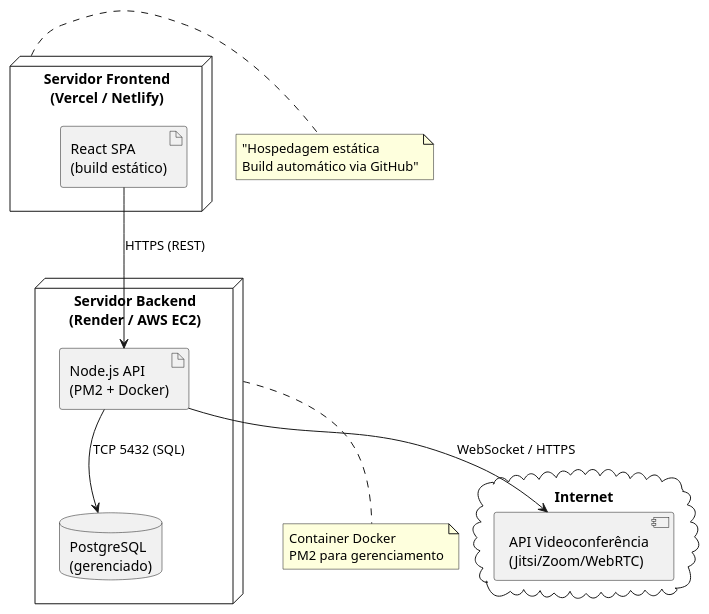
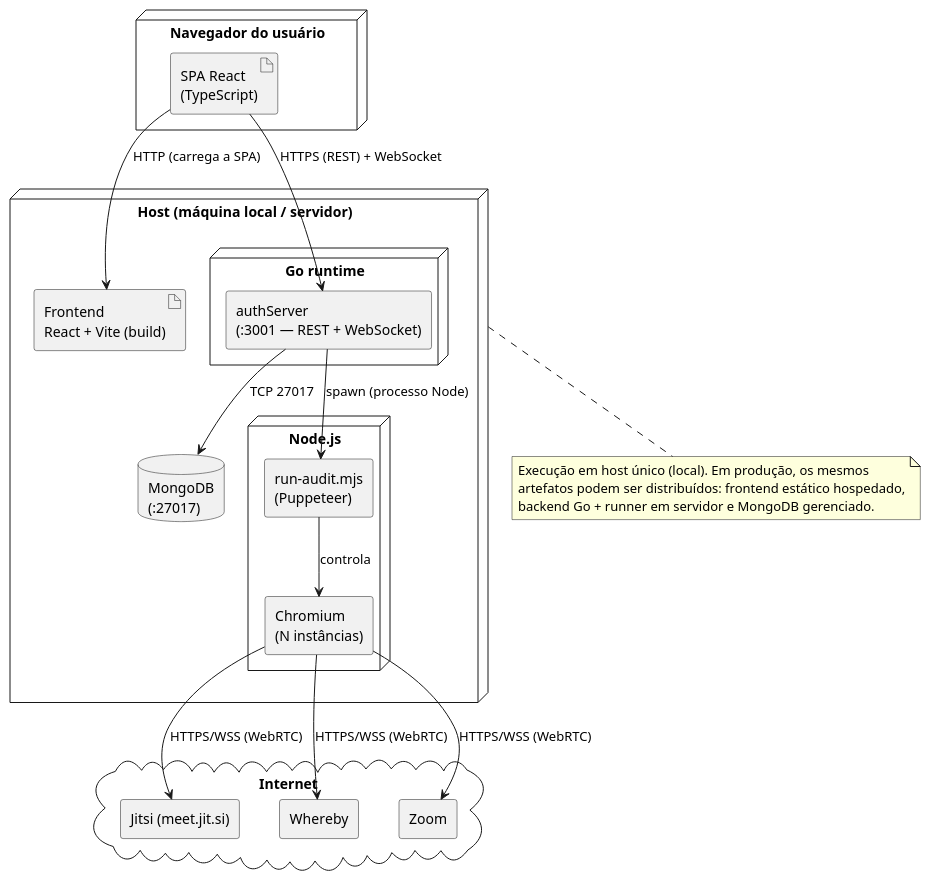
One commit to ICEI-PUC-Minas-PPLES-TI/plf-es-2025-2-tcci-0393100-dev-rafael-parreira changed the diagram in Artefatos/DiagramaDeImplantacao.puml. Above: the diagram before and after it, drawn with PlantUML. The commit also changed 9 other files, not shown here.

First line of the commit message:
docs(diagramas): atualiza arquitetura, componentes, implantação e comunicação para o sistema real

```diff
--- a/Artefatos/DiagramaDeImplantacao.puml
+++ b/Artefatos/DiagramaDeImplantacao.puml
@@ -1,28 +1,39 @@
 @startuml
+skinparam shadowing false
+skinparam componentStyle rectangle
+skinparam ranksep 55
+skinparam nodesep 40
 
-node "Servidor Frontend\n(Vercel / Netlify)" as Frontend {
-    artifact "React SPA\n(build estático)" as ReactApp
+node "Navegador do usuário" as Browser {
+  artifact "SPA React\n(TypeScript)" as SPA
 }
 
-node "Servidor Backend\n(Render / AWS EC2)" as Backend {
-    artifact "Node.js API\n(PM2 + Docker)" as NodeApp
-    database "PostgreSQL\n(gerenciado)" as DB
+node "Host (máquina local / servidor)" as Host {
+  artifact "Frontend\nReact + Vite (build)" as Front
+  node "Go runtime" as GoRT {
+    component "authServer\n(:3001 — REST + WebSocket)" as Core
+  }
+  node "Node.js" as NodeRT {
+    component "run-audit.mjs\n(Puppeteer)" as Runner
+    component "Chromium\n(N instâncias)" as Chrome
+  }
+  database "MongoDB\n(:27017)" as Mongo
 }
 
 cloud "Internet" {
-    component "API Videoconferência\n(Jitsi/Zoom/WebRTC)" as VideoAPI
+  component "Jitsi (meet.jit.si)" as Jitsi
+  component "Whereby" as Whereby
+  component "Zoom" as Zoom
 }
 
-' --- CORREÇÃO AQUI ---
-' A nota agora é definida diretamente à direita do Frontend
-note right of Frontend : "Hospedagem estática\nBuild automático via GitHub"
+SPA --> Front : HTTP (carrega a SPA)
+SPA --> Core : HTTPS (REST) + WebSocket
+Core --> Mongo : TCP 27017
+Core --> Runner : spawn (processo Node)
+Runner --> Chrome : controla
+Chrome --> Jitsi : HTTPS/WSS (WebRTC)
+Chrome --> Whereby : HTTPS/WSS (WebRTC)
+Chrome --> Zoom : HTTPS/WSS (WebRTC)
 
-note "Container Docker\nPM2 para gerenciamento" as Note2
-Backend .. Note2
-
-
-ReactApp --> NodeApp : "HTTPS (REST)"
-NodeApp --> VideoAPI : "WebSocket / HTTPS"
-NodeApp --> DB : "TCP 5432 (SQL)"
-
+note bottom of Host : Execução em host único (local). Em produção, os mesmos\nartefatos podem ser distribuídos: frontend estático hospedado,\nbackend Go + runner em servidor e MongoDB gerenciado.
 @enduml
```
